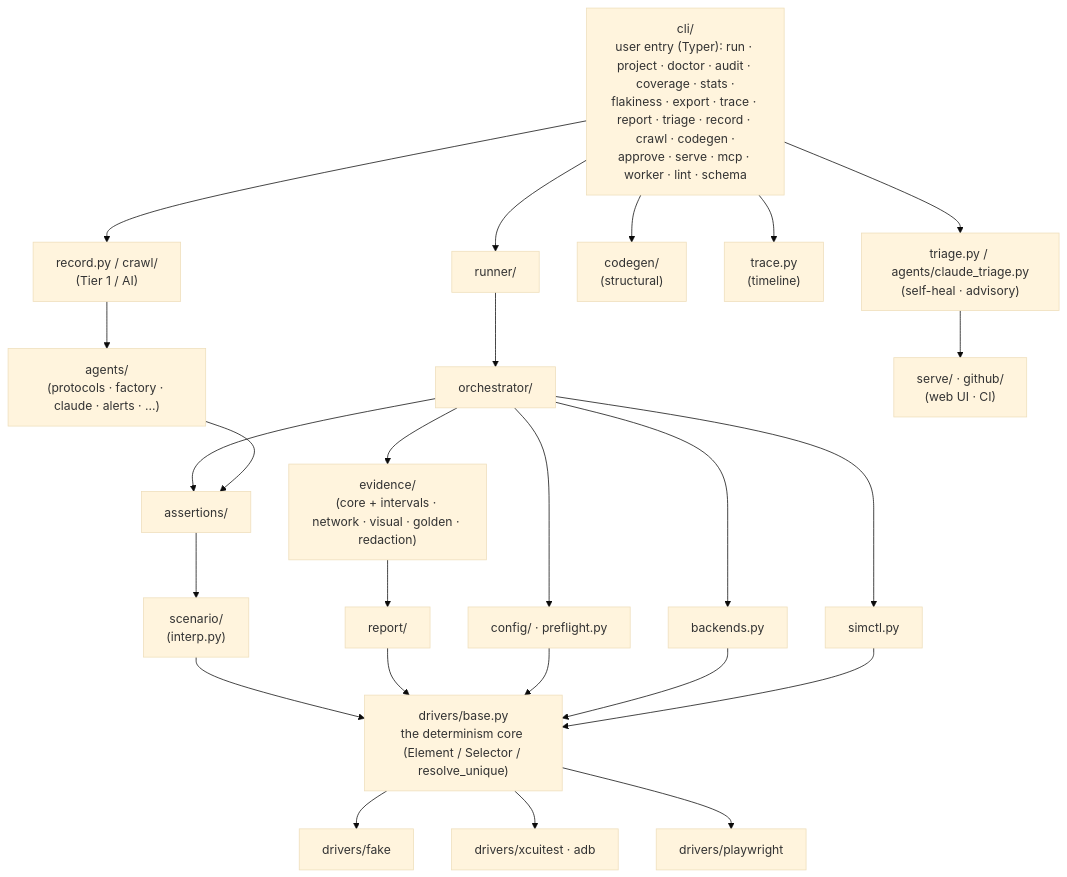
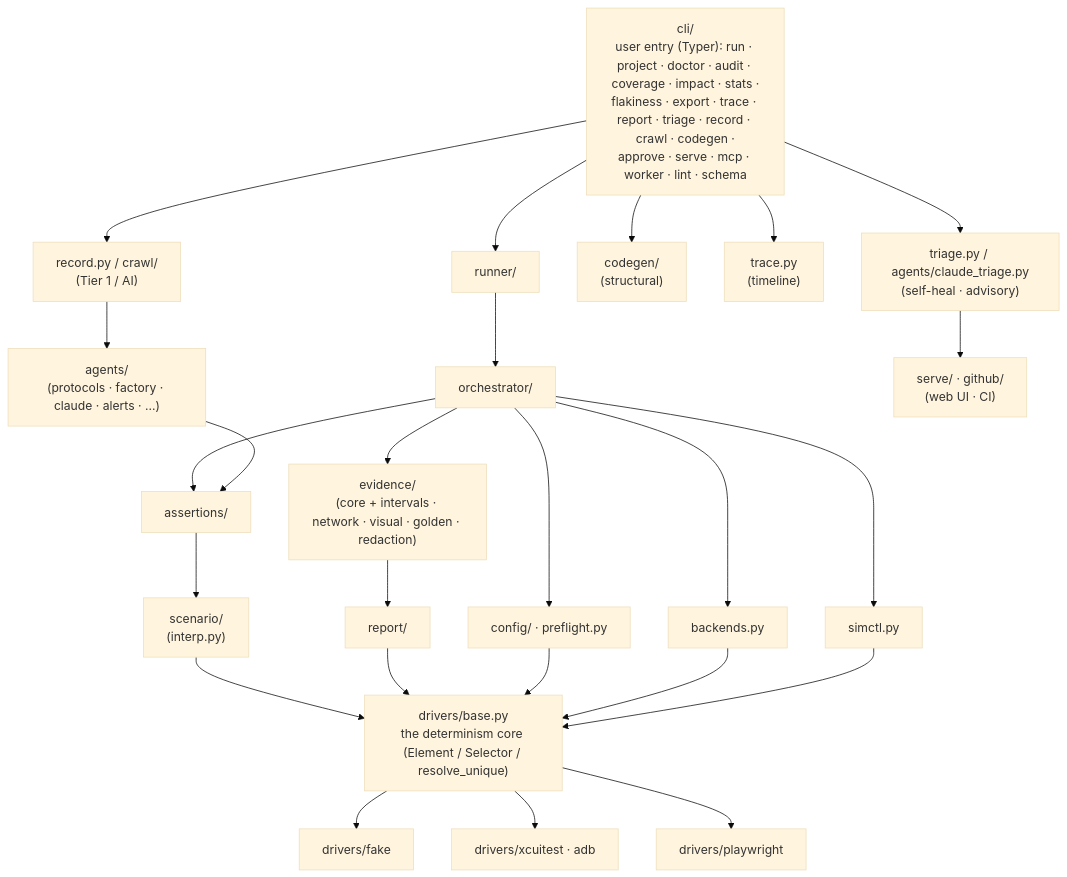
One commit to bajutsu-e2e/bajutsu changed the second of 2 diagrams in docs/architecture.md. Above: the diagram before and after it, drawn with Mermaid (base theme). The commit also changed other lines of this file and 14 other files, not shown here.

````diff
--- a/docs/architecture.md
+++ b/docs/architecture.md
@@ -129,59 +129,59 @@
 ```mermaid
 flowchart TB
-    cli["cli/<br/>user entry (Typer): run · project · doctor · audit · coverage · stats ·<br/>flakiness · export · trace · report · triage · record · crawl · codegen ·<br/>approve · serve · mcp · worker · lint · schema"]
+    cli["cli/<br/>user entry (Typer): run · project · doctor · audit · coverage · impact · stats ·<br/>flakiness · export · trace · report · triage · record · crawl · codegen ·<br/>approve · serve · mcp · worker · lint · schema"]
 
     runner["runner/"]
     record["record.py / crawl/<br/>(Tier 1 / AI)"]
     codegen["codegen/<br/>(structural)"]
     trace["trace.py<br/>(timeline)"]
     triage["triage.py / agents/claude_triage.py<br/>(self-heal · advisory)"]
 
     orch["orchestrator/"]
     agentStuff["agents/<br/>(protocols · factory · claude · alerts · …)"]
     serveGh["serve/ · github/<br/>(web UI · CI)"]
 
     assertions["assertions/"]
     evidence["evidence/<br/>(core + intervals · network · visual · golden · redaction)"]
 
     scenario["scenario/<br/>(interp.py)"]
     report["report/"]
     config["config/ · preflight.py"]
     backends["backends.py"]
     simctl["simctl.py"]
 
     base["drivers/base.py<br/>the determinism core (Element / Selector / resolve_unique)"]
 
     fake["drivers/fake"]
     ios["drivers/xcuitest · adb"]
     pw["drivers/playwright"]
 
     cli --> runner
     cli --> record
     cli --> codegen
     cli --> trace
     cli --> triage
 
     runner --> orch
     record --> agentStuff
     triage --> serveGh
 
     orch --> assertions
     orch --> evidence
     agentStuff --> assertions
 
     assertions --> scenario
     evidence --> report
     orch --> config
     orch --> backends
     orch --> simctl
 
     scenario --> base
     report --> base
     config --> base
     backends --> base
     simctl --> base
 
     base --> fake
     base --> ios
     base --> pw
 ```
````
